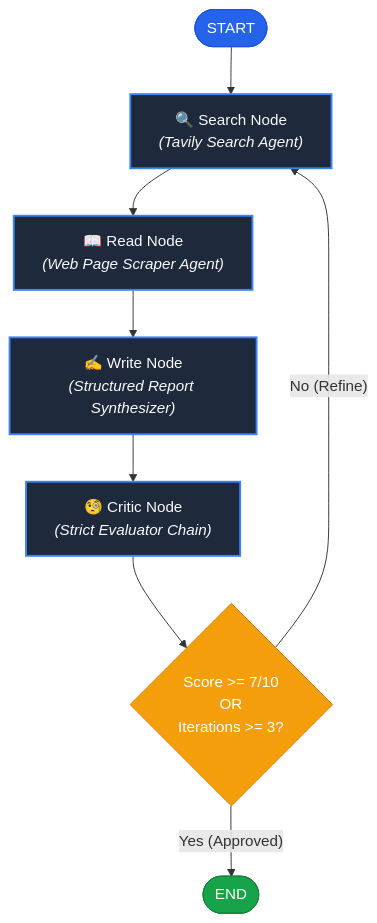
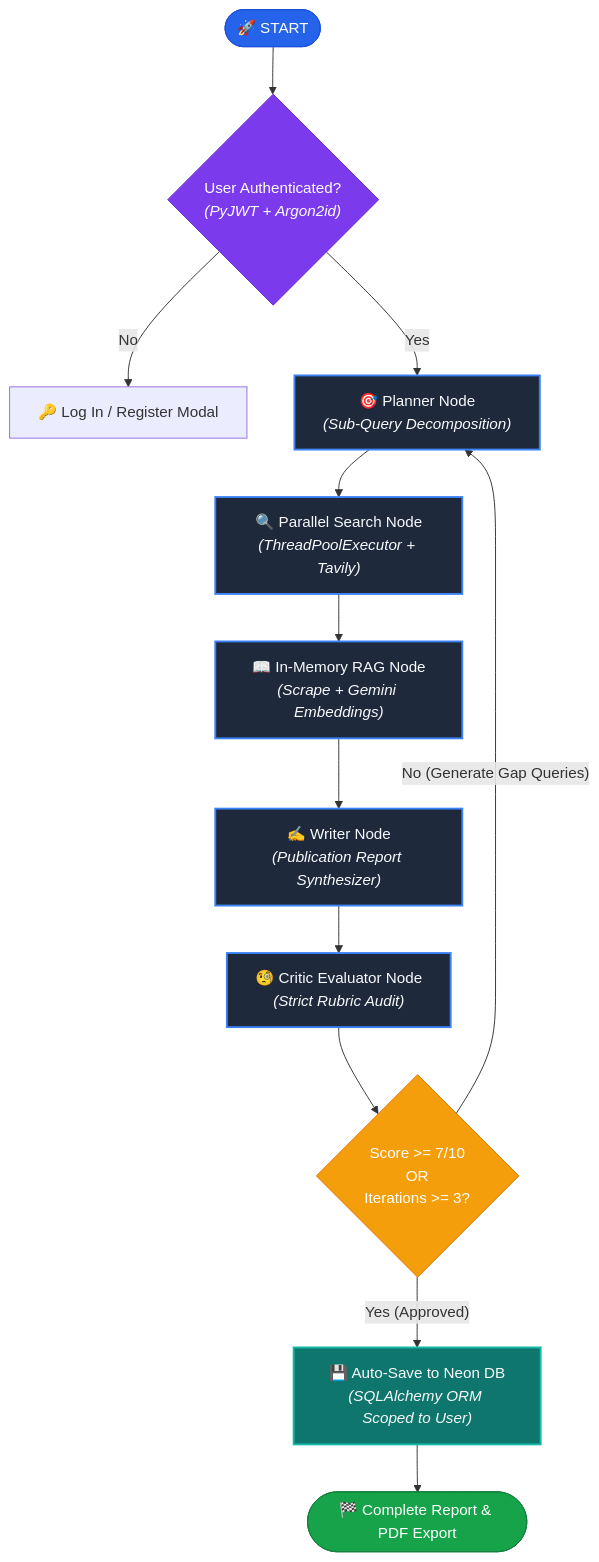
The diagram in README.md (AyushPawshe08/QueryMind), drawn with Mermaid before and after one commit. The commit also changed other lines of this file and 28 other files, not shown here.

Commit message:
Improved quality of report and added JWT Auth

````diff
--- a/README.md
+++ b/README.md
@@ -64,20 +40,28 @@
 ```mermaid
 flowchart TD
-    Start([START]) --> SearchNode["🔍 Search Node<br/><i>(Tavily Search Agent)</i>"]
-    SearchNode --> ReadNode["📖 Read Node<br/><i>(Web Page Scraper Agent)</i>"]
-    ReadNode --> WriteNode["✍️ Write Node<br/><i>(Structured Report Synthesizer)</i>"]
-    WriteNode --> CriticNode["🧐 Critic Node<br/><i>(Strict Evaluator Chain)</i>"]
+    Start([🚀 START]) --> AuthGate{"User Authenticated?<br/><i>(PyJWT + Argon2id)</i>"}
+    AuthGate -- "No" --> LoginRegister["🔑 Log In / Register Modal"]
+    AuthGate -- "Yes" --> PlannerNode["🎯 Planner Node<br/><i>(Sub-Query Decomposition)</i>"]
     
-    CriticNode --> Check{"Score >= 7/10<br/>OR<br/>Iterations >= 3?"}
+    PlannerNode --> SearchNode["🔍 Parallel Search Node<br/><i>(ThreadPoolExecutor + Tavily)</i>"]
+    SearchNode --> ReadNode["📖 In-Memory RAG Node<br/><i>(Scrape + Gemini Embeddings)</i>"]
+    ReadNode --> WriteNode["✍️ Writer Node<br/><i>(Publication Report Synthesizer)</i>"]
+    WriteNode --> CriticNode["🧐 Critic Evaluator Node<br/><i>(Strict Rubric Audit)</i>"]
     
-    Check -- "No (Refine)" --> SearchNode
-    Check -- "Yes (Approved)" --> End([END])
+    CriticNode --> QualityCheck{"Score >= 7/10<br/>OR<br/>Iterations >= 3?"}
+    
+    QualityCheck -- "No (Generate Gap Queries)" --> PlannerNode
+    QualityCheck -- "Yes (Approved)" --> SaveDB["💾 Auto-Save to Neon DB<br/><i>(SQLAlchemy ORM Scoped to User)</i>"]
+    SaveDB --> End([🏁 Complete Report & PDF Export])
 
     style Start fill:#2563eb,stroke:#1d4ed8,color:#ffffff
     style End fill:#16a34a,stroke:#15803d,color:#ffffff
-    style Check fill:#f59e0b,stroke:#d97706,color:#ffffff
+    style AuthGate fill:#7c3aed,stroke:#6d28d9,color:#ffffff
+    style QualityCheck fill:#f59e0b,stroke:#d97706,color:#ffffff
+    style PlannerNode fill:#1e293b,stroke:#3b82f6,stroke-width:2px,color:#f8fafc
     style SearchNode fill:#1e293b,stroke:#3b82f6,stroke-width:2px,color:#f8fafc
     style ReadNode fill:#1e293b,stroke:#3b82f6,stroke-width:2px,color:#f8fafc
     style WriteNode fill:#1e293b,stroke:#3b82f6,stroke-width:2px,color:#f8fafc
     style CriticNode fill:#1e293b,stroke:#3b82f6,stroke-width:2px,color:#f8fafc
+    style SaveDB fill:#0f766e,stroke:#14b8a6,stroke-width:2px,color:#f8fafc
 ```
````
